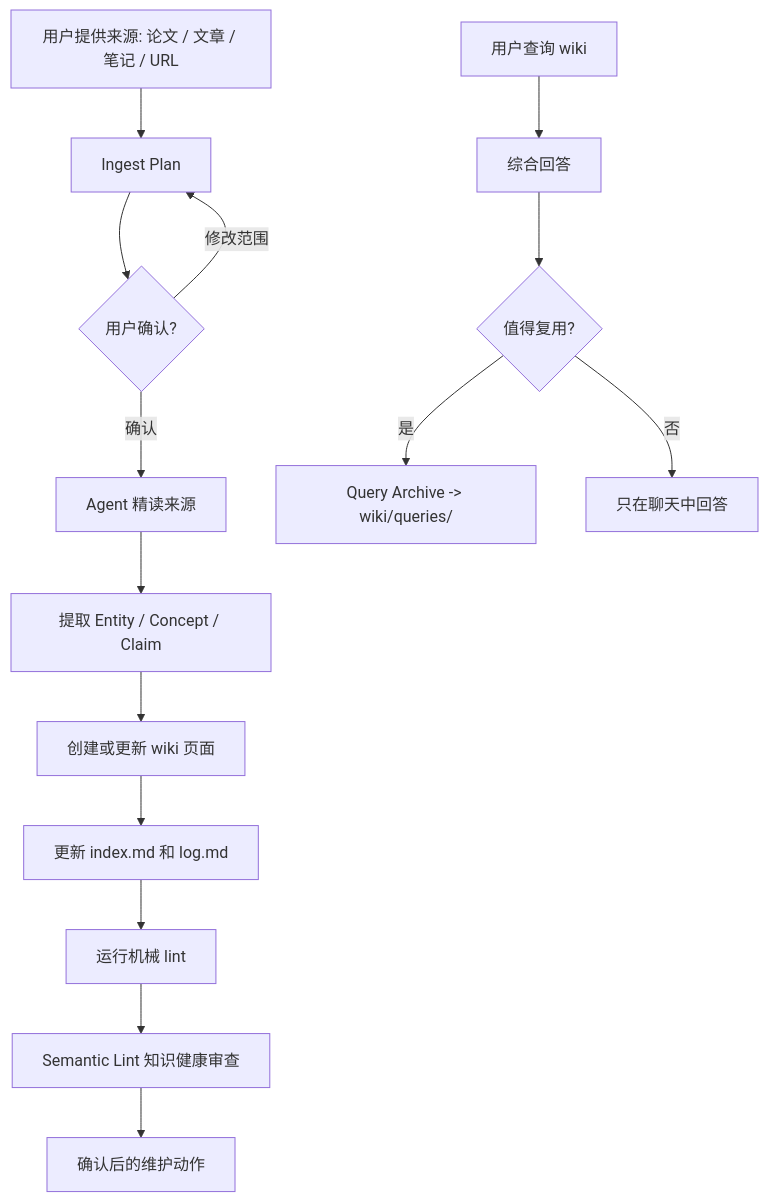
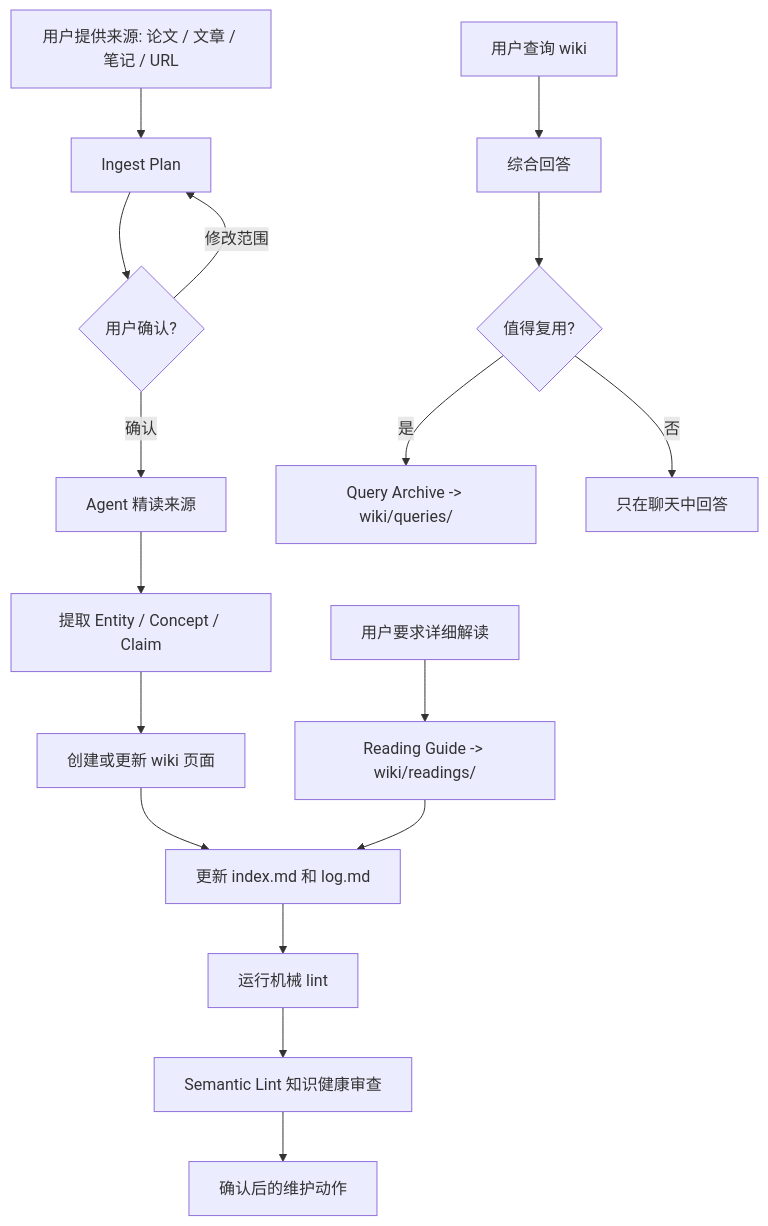
One commit to mixgreen/llm-wiki-toolchain changed the diagram in README.md. Above: the diagram before and after it, drawn with Mermaid. The commit also changed other lines of this file and 16 other files, not shown here.

Commit message:
feat: 增加 Reading Guide 详细解读工作流

````diff
--- a/README.md
+++ b/README.md
@@ -36,17 +37,19 @@
 ```mermaid
 flowchart TB
   A[用户提供来源: 论文 / 文章 / 笔记 / URL] --> B[Ingest Plan]
   B --> C{用户确认?}
   C -->|修改范围| B
   C -->|确认| D[Agent 精读来源]
   D --> E[提取 Entity / Concept / Claim]
   E --> F[创建或更新 wiki 页面]
   F --> G[更新 index.md 和 log.md]
   G --> H[运行机械 lint]
   H --> I[Semantic Lint 知识健康审查]
   I --> J[确认后的维护动作]
+  P[用户要求详细解读] --> Q[Reading Guide -> wiki/readings/]
+  Q --> G
   K[用户查询 wiki] --> L[综合回答]
   L --> M{值得复用?}
   M -->|是| N[Query Archive -> wiki/queries/]
   M -->|否| O[只在聊天中回答]
 ```
````
